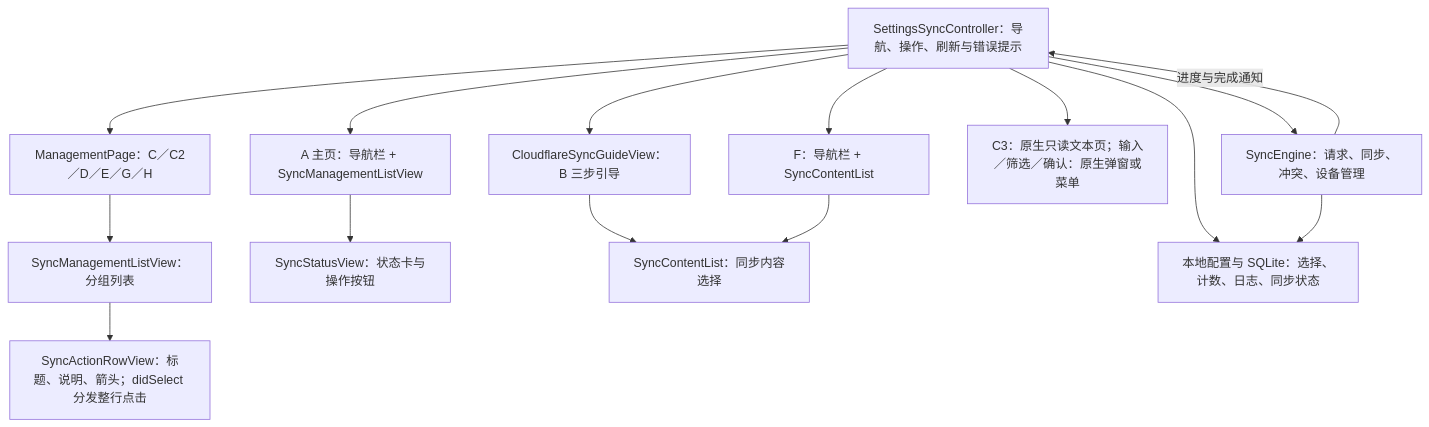
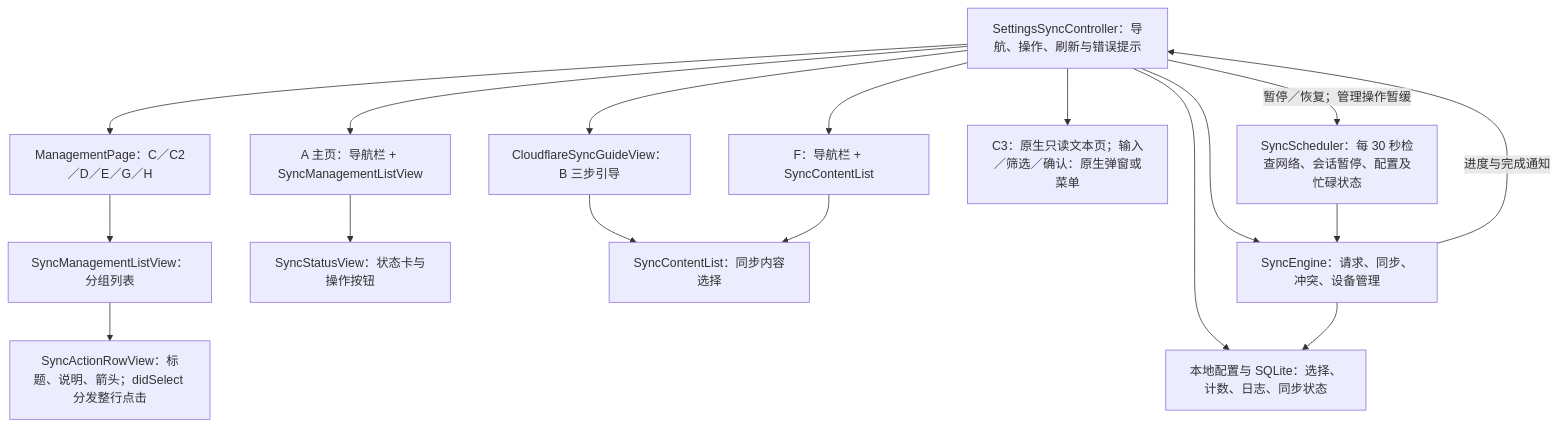
The second of 3 diagrams in docs/sync-ui-map.md (Gandum2077/JSEhViewer), drawn with Mermaid before and after one commit. The commit also changed other lines of this file and 7 other files, not shown here.

Commit message:
feat: apply scheduler to sync management

````diff
--- a/docs/sync-ui-map.md
+++ b/docs/sync-ui-map.md
@@ -68,17 +68,19 @@
 ```mermaid
 flowchart TD
   CTRL["SettingsSyncController：导航、操作、刷新与错误提示"] --> MAIN["A 主页：导航栏 + SyncManagementListView"]
   CTRL --> PAGE["ManagementPage：C／C2／D／E／G／H"]
   PAGE --> LIST["SyncManagementListView：分组列表"]
   LIST --> ROW["SyncActionRowView：标题、说明、箭头；didSelect 分发整行点击"]
   MAIN --> STATUS["SyncStatusView：状态卡与操作按钮"]
   CTRL --> GUIDE["CloudflareSyncGuideView：B 三步引导"]
   CTRL --> CONTENT["F：导航栏 + SyncContentList"]
   GUIDE --> SELECT["SyncContentList：同步内容选择"]
   CONTENT --> SELECT
   CTRL --> OTHER["C3：原生只读文本页；输入／筛选／确认：原生弹窗或菜单"]
   CTRL --> ENGINE["SyncEngine：请求、同步、冲突、设备管理"]
   CTRL --> STORE["本地配置与 SQLite：选择、计数、日志、同步状态"]
+  TIMER["SyncScheduler：每 30 秒检查网络、会话暂停、配置及忙碌状态"] --> ENGINE
+  CTRL -->|暂停／恢复；管理操作暂缓| TIMER
   ENGINE --> STORE
   ENGINE -->|进度与完成通知| CTRL
 ```
````
